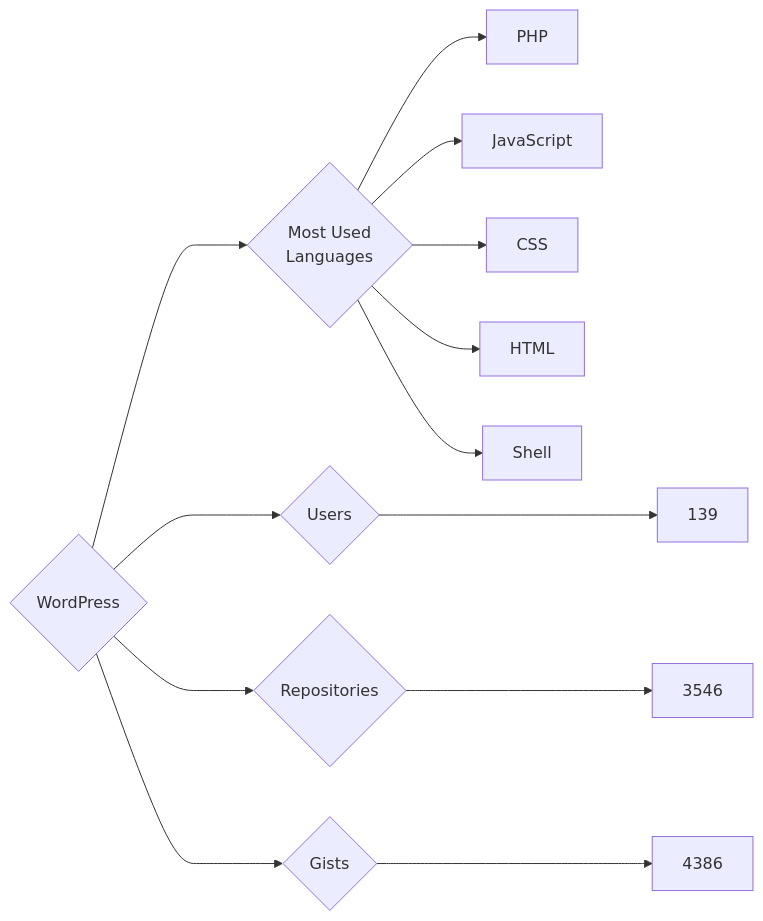
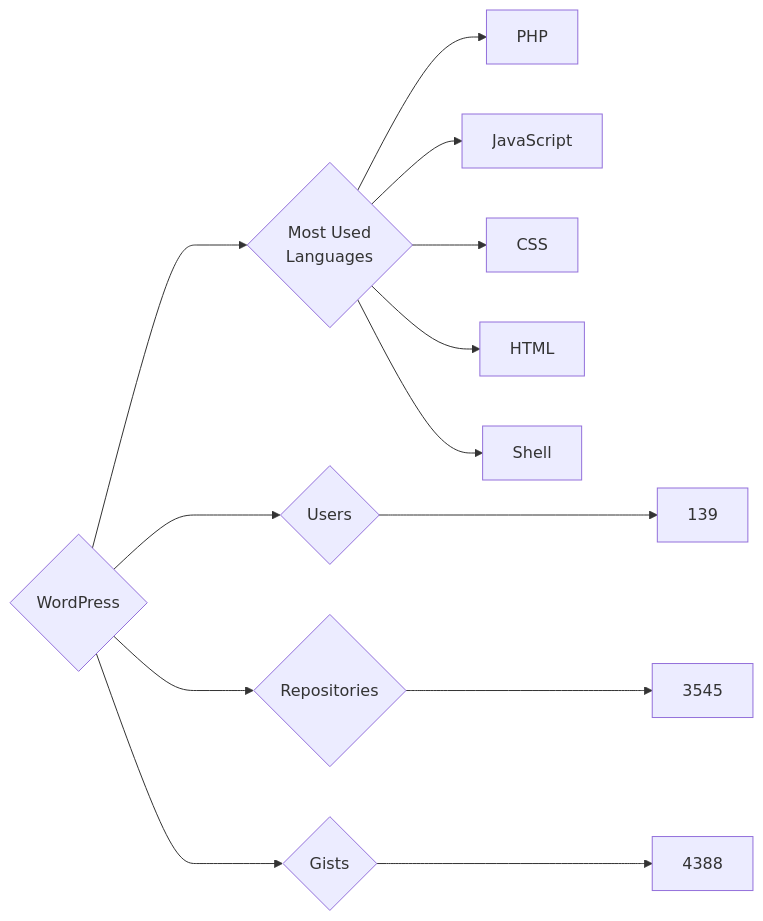
The diagram in targets/WordPress/README.md (trickest/insiders), drawn with Mermaid before and after one commit. The commit also changed 715 other files, not shown here.

````diff
--- a/targets/WordPress/README.md
+++ b/targets/WordPress/README.md
@@ -3,13 +3,13 @@
 ```mermaid
 graph LR
 COMPANY_NAME{WordPress}
 COMPANY_NAME ---> U{Users} ---> UN[139]
-COMPANY_NAME ---> R{Repositories} ---> RN[3546]
-COMPANY_NAME ---> G{Gists} ---> GN[4386]
+COMPANY_NAME ---> R{Repositories} ---> RN[3545]
+COMPANY_NAME ---> G{Gists} ---> GN[4388]
 COMPANY_NAME ---> ML{Most Used<br>Languages}
 ML --> PHP[PHP]
 ML --> JavaScript[JavaScript]
 ML --> CSS[CSS]
 ML --> HTML[HTML]
 ML --> Shell[Shell]
 ```
````
